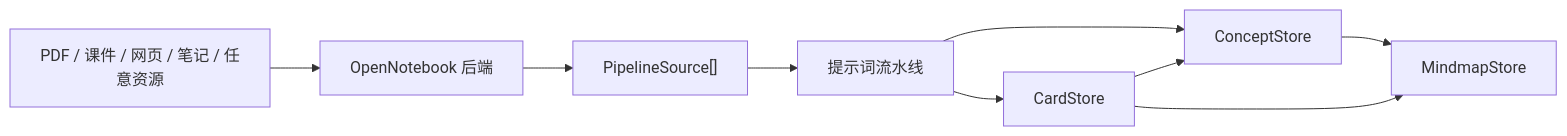
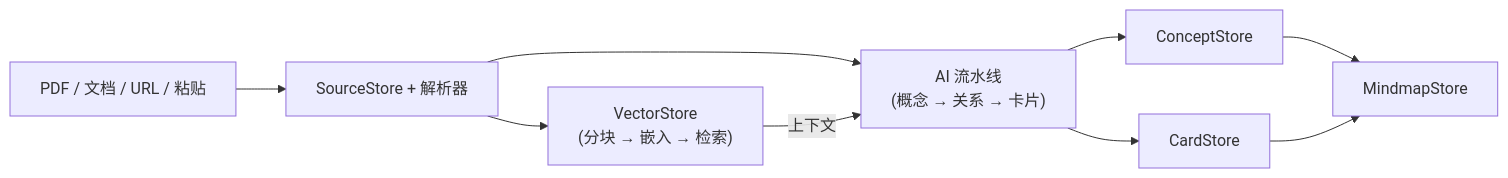
The diagram in README_zh_CN.md (yizhang-dream/siyuan-all-in-one), drawn with Mermaid before and after one commit. The commit also changed other lines of this file and 2 other files, not shown here.

Commit message:
docs: rewrite README and ARCHITECTURE for v2.0 state

````diff
--- a/README_zh_CN.md
+++ b/README_zh_CN.md
@@ -24,19 +19,19 @@
 ```mermaid
 flowchart LR
-  Raw["PDF / 课件 / 网页 / 笔记 / 任意资源"]
-  ON["OpenNotebook 后端"]
-  Sources["PipelineSource[]"]
-  AI["提示词流水线"]
+  Raw["PDF / 文档 / URL / 粘贴"]
+  Sources["SourceStore + 解析器"]
+  AI["AI 流水线\n(概念 → 关系 → 卡片)"]
   Concepts["ConceptStore"]
   Cards["CardStore"]
   Maps["MindmapStore"]
+  RAG["VectorStore\n(分块 → 嵌入 → 检索)"]
 
-  Raw --> ON
-  ON --> Sources
+  Raw --> Sources
   Sources --> AI
+  Sources --> RAG
   AI --> Concepts
   AI --> Cards
   Concepts --> Maps
   Cards --> Maps
-  Cards --> Concepts
+  RAG -->|"上下文"| AI
 ```
````
